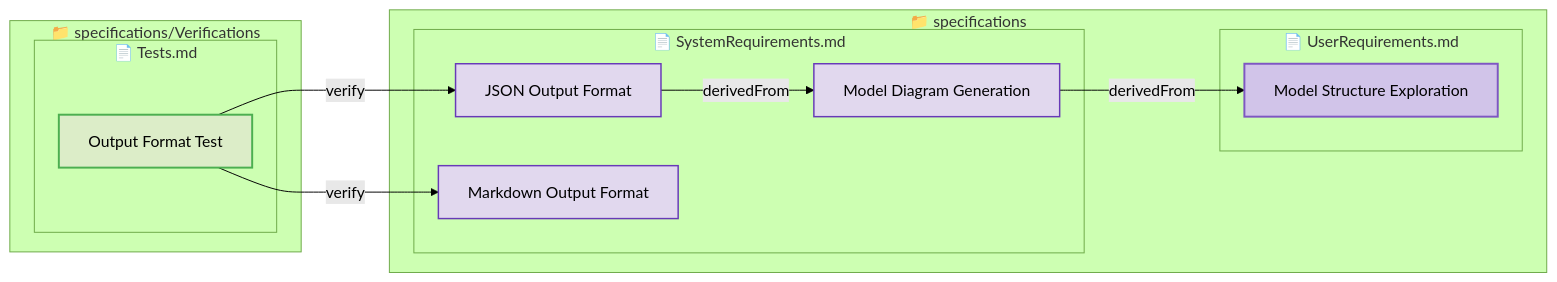
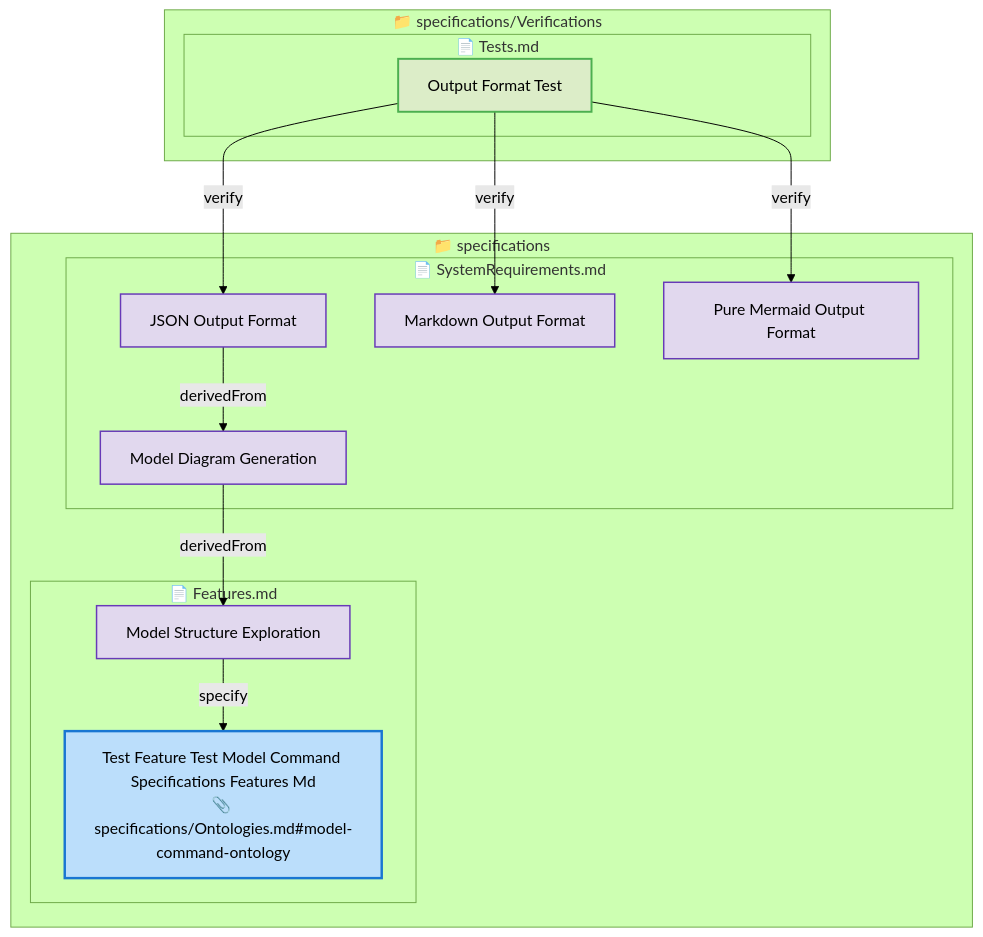
Before and after one commit to reqvire-org/reqvire: the fifth of 6 diagrams in tests/test-model-command/expected/expected_reverse_filter_output.md, drawn with Mermaid (forest theme). The commit also changed other lines of this file and 446 other files, not shown here.

Commit message:
Ontologies support + Features support.  * breaking changes.

````diff
--- a/tests/test-model-command/expected/expected_reverse_filter_output.md
+++ b/tests/test-model-command/expected/expected_reverse_filter_output.md
@@ -183,40 +203,49 @@
 ```mermaid
-graph LR
-  classDef userRequirement fill:#D1C4E9,stroke:#7E57C2,stroke-width:2px;
+graph TD
+  classDef feature fill:#BBDEFB,stroke:#1976D2,stroke-width:2.5px;
   classDef systemRequirement fill:#E1D8EE,stroke:#673AB7,stroke-width:1.5px;
+  classDef ontology fill:#F4E3A1,stroke:#B08A00,stroke-width:2px;
   classDef verification fill:#DCEDC8,stroke:#4CAF50,stroke-width:2px;
   classDef default fill:#F5F5F5,stroke:#424242,stroke-width:1.5px;
 
   classDef folder fill:#FAFAFA,stroke:#9E9E9E,stroke-width:3px;
   classDef file fill:#FFF8E1,stroke:#FFCA28,stroke-width:2px;
 
   subgraph 9d68b769fcbc79d0["📁 specifications"]
+    subgraph 52b96646352f3ec7["📄 Features.md"]
+      1ef18bbc2a9e2de["Model Structure Exploration"];
+      class 1ef18bbc2a9e2de systemRequirement;
+      click 1ef18bbc2a9e2de "specifications/Features.md#model-structure-exploration";
+      cc4f0d848ef4201f["Test Feature Test Model Command Specifications Features Md<br/>📎 specifications/Ontologies.md#model-command-ontology"];
+      class cc4f0d848ef4201f feature;
+      click cc4f0d848ef4201f "specifications/Features.md#test-feature-test-model-command-specifications-features-md";
+    end
     subgraph 77808752d543f615["📄 SystemRequirements.md"]
       5abb4a3caae293d9["JSON Output Format"];
       class 5abb4a3caae293d9 systemRequirement;
       click 5abb4a3caae293d9 "specifications/SystemRequirements.md#json-output-format";
       25879bdc5e196bec["Markdown Output Format"];
       class 25879bdc5e196bec systemRequirement;
       click 25879bdc5e196bec "specifications/SystemRequirements.md#markdown-output-format";
       b7ec4bb3813f1dea["Model Diagram Generation"];
       class b7ec4bb3813f1dea systemRequirement;
       click b7ec4bb3813f1dea "specifications/SystemRequirements.md#model-diagram-generation";
-    end
-    subgraph 6e2c14866f0b0117["📄 UserRequirements.md"]
-      906507e3072a273["Model Structure Exploration"];
-      class 906507e3072a273 userRequirement;
-      click 906507e3072a273 "specifications/UserRequirements.md#model-structure-exploration";
+      28d69f5dca868721["Pure Mermaid Output Format"];
+      class 28d69f5dca868721 systemRequirement;
+      click 28d69f5dca868721 "specifications/SystemRequirements.md#pure-mermaid-output-format";
     end
   end
   subgraph 9f0649e759bd2822["📁 specifications/Verifications"]
     subgraph 7d9dffd79ed1d5b8["📄 Tests.md"]
       2f7b3b3deb29891d["Output Format Test"];
       class 2f7b3b3deb29891d verification;
       click 2f7b3b3deb29891d "specifications/Verifications/Tests.md#output-format-test";
     end
   end
   2f7b3b3deb29891d -->|verify| 5abb4a3caae293d9;
   5abb4a3caae293d9 -->|derivedFrom| b7ec4bb3813f1dea;
-  b7ec4bb3813f1dea -->|derivedFrom| 906507e3072a273;
+  b7ec4bb3813f1dea -->|derivedFrom| 1ef18bbc2a9e2de;
+  1ef18bbc2a9e2de -->|specify| cc4f0d848ef4201f;
   2f7b3b3deb29891d -->|verify| 25879bdc5e196bec;
+  2f7b3b3deb29891d -->|verify| 28d69f5dca868721;
 ```
````
